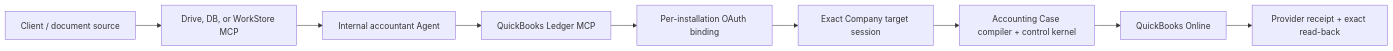
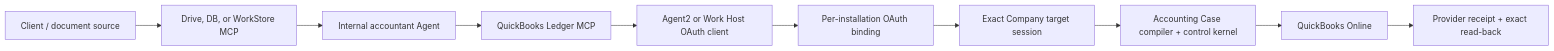
Before and after one commit to johnw-max/quickbooks-ledger-mcp: the diagram in docs/QUICKBOOKS-0.6.0-RELEASE.md, drawn with Mermaid. The commit also changed other lines of this file and 97 other files, not shown here.

````diff
--- a/docs/QUICKBOOKS-0.6.0-RELEASE.md
+++ b/docs/QUICKBOOKS-0.6.0-RELEASE.md
@@ -11,11 +11,12 @@
 ```mermaid
 flowchart LR
   C["Client / document source"] --> S["Drive, DB, or WorkStore MCP"]
   S --> A["Internal accountant Agent"]
   A --> Q["QuickBooks Ledger MCP"]
-  Q --> O["Per-installation OAuth binding"]
+  Q --> H["Agent2 or Work Host OAuth client"]
+  H --> O["Per-installation OAuth binding"]
   O --> T["Exact Company target session"]
   T --> K["Accounting Case compiler + control kernel"]
   K --> P["QuickBooks Online"]
   P --> R["Provider receipt + exact read-back"]
 ```
````
